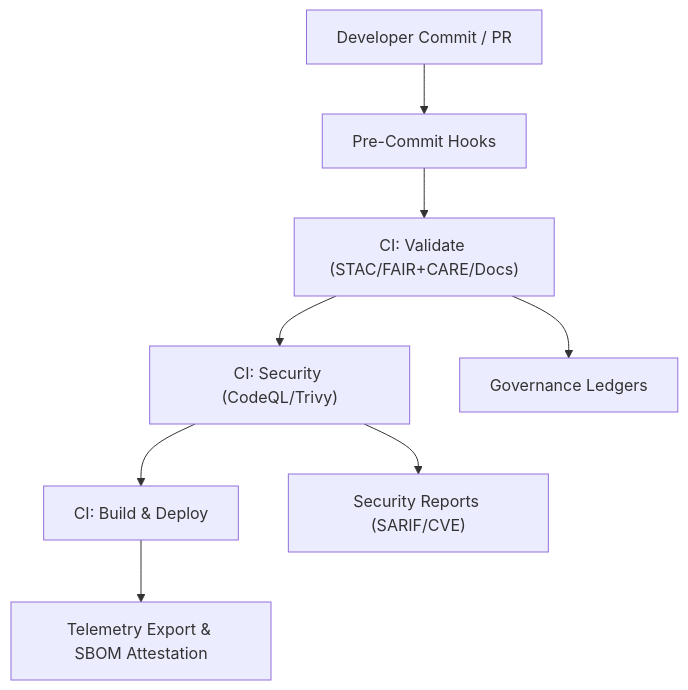
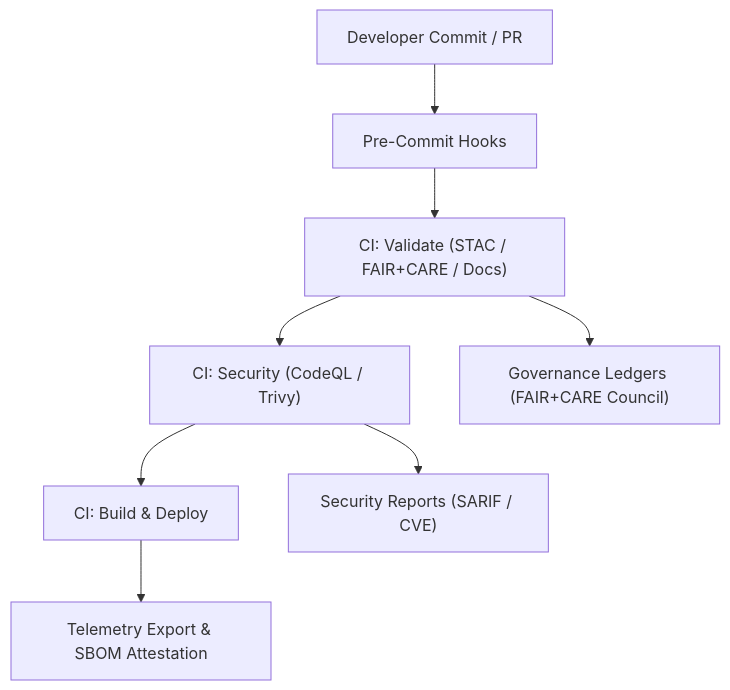
The diagram in .github/SECURITY.md (bartytime4life/Kansas-Frontier-Matrix), drawn with Mermaid before and after one commit. The commit also changed other lines of this file, not shown here.

````diff
--- a/.github/SECURITY.md
+++ b/.github/SECURITY.md
@@ -123,10 +116,10 @@
 ```mermaid
 flowchart TD
 A["Developer Commit / PR"] --> B["Pre-Commit Hooks"]
-B --> C["CI: Validate (STAC/FAIR+CARE/Docs)"]
-C --> D["CI: Security (CodeQL/Trivy)"]
+B --> C["CI: Validate (STAC / FAIR+CARE / Docs)"]
+C --> D["CI: Security (CodeQL / Trivy)"]
 D --> E["CI: Build & Deploy"]
 E --> F["Telemetry Export & SBOM Attestation"]
-D --> G["Security Reports (SARIF/CVE)"]
-C --> H["Governance Ledgers"]
+D --> G["Security Reports (SARIF / CVE)"]
+C --> H["Governance Ledgers (FAIR+CARE Council)"]
 ```
````
